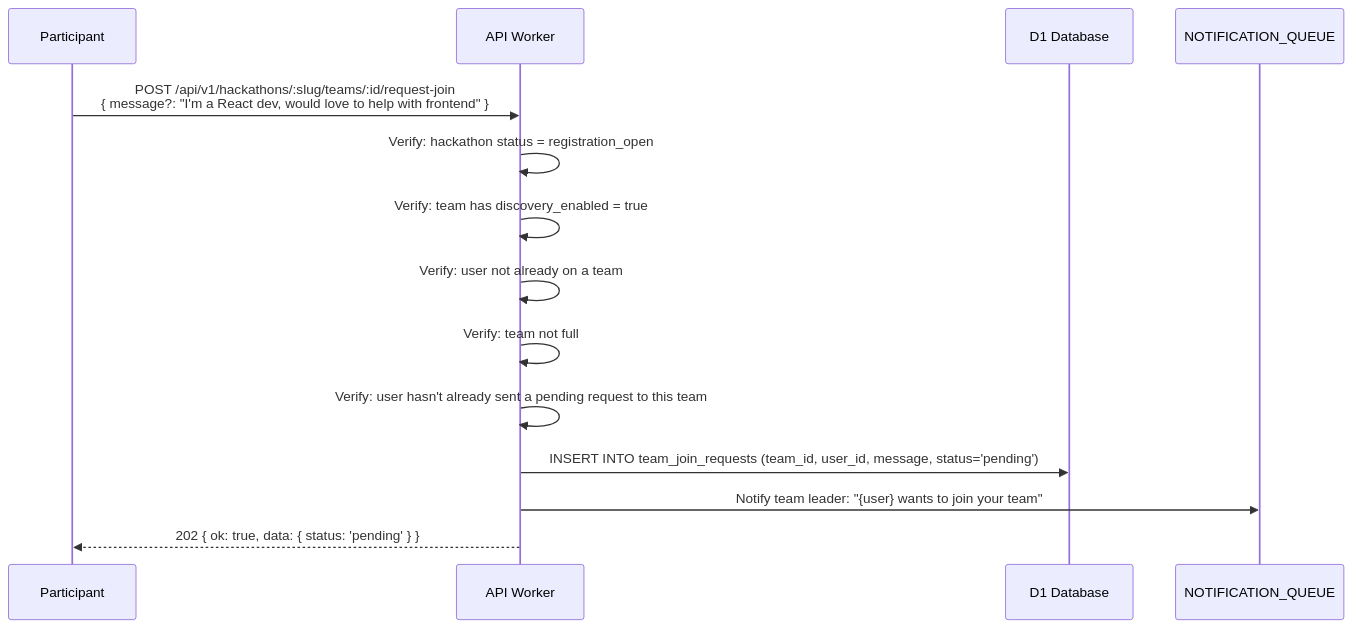
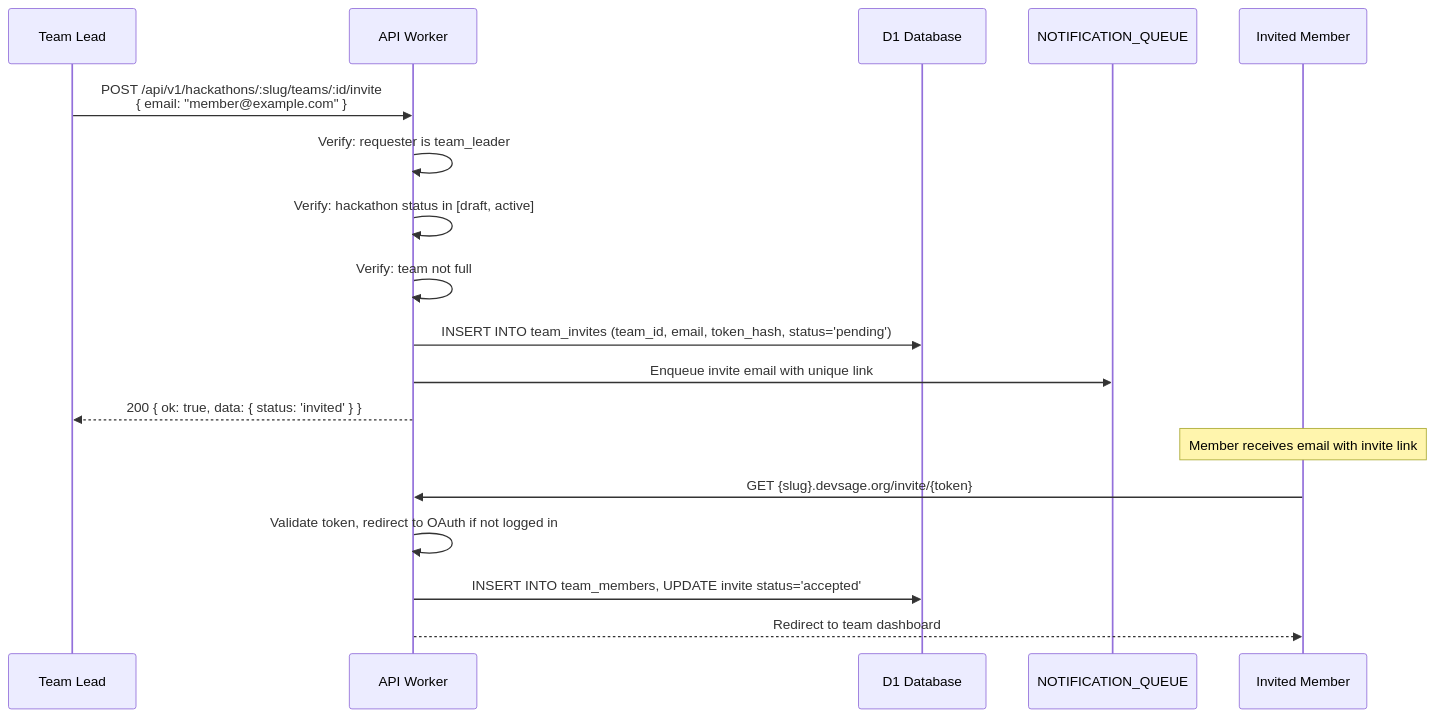
One commit to devangshupandey2025-stack/DevSage changed the fourth of 11 diagrams in docs/v3/planned/team-management.md. Above: the diagram before and after it, drawn with Mermaid. The commit also changed other lines of this file, not shown here.

First line of the commit message:
docs(teams): switch to invite-only model, remove discovery and skills

````diff
--- a/docs/v3/planned/team-management.md
+++ b/docs/v3/planned/team-management.md
@@ -144,18 +137,22 @@
 ```mermaid
 sequenceDiagram
-    participant U as Participant
+    participant L as Team Lead
     participant W as API Worker
     participant D1 as D1 Database
     participant Q as NOTIFICATION_QUEUE
+    participant U as Invited Member
 
-    U->>W: POST /api/v1/hackathons/:slug/teams/:id/request-join<br/>{ message?: "I'm a React dev, would love to help with frontend" }
-    W->>W: Verify: hackathon status = registration_open
-    W->>W: Verify: team has discovery_enabled = true
-    W->>W: Verify: user not already on a team
+    L->>W: POST /api/v1/hackathons/:slug/teams/:id/invite<br/>{ email: "member@example.com" }
+    W->>W: Verify: requester is team_leader
+    W->>W: Verify: hackathon status in [draft, active]
     W->>W: Verify: team not full
-    W->>W: Verify: user hasn't already sent a pending request to this team
+    W->>D1: INSERT INTO team_invites (team_id, email, token_hash, status='pending')
+    W->>Q: Enqueue invite email with unique link
+    W-->>L: 200 { ok: true, data: { status: 'invited' } }
 
-    W->>D1: INSERT INTO team_join_requests (team_id, user_id, message, status='pending')
-    W->>Q: Notify team leader: "{user} wants to join your team"
-    W-->>U: 202 { ok: true, data: { status: 'pending' } }
+    Note over U: Member receives email with invite link
+    U->>W: GET {slug}.devsage.org/invite/{token}
+    W->>W: Validate token, redirect to OAuth if not logged in
+    W->>D1: INSERT INTO team_members, UPDATE invite status='accepted'
+    W-->>U: Redirect to team dashboard
 ```
````
